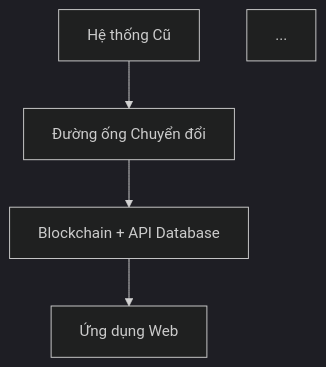
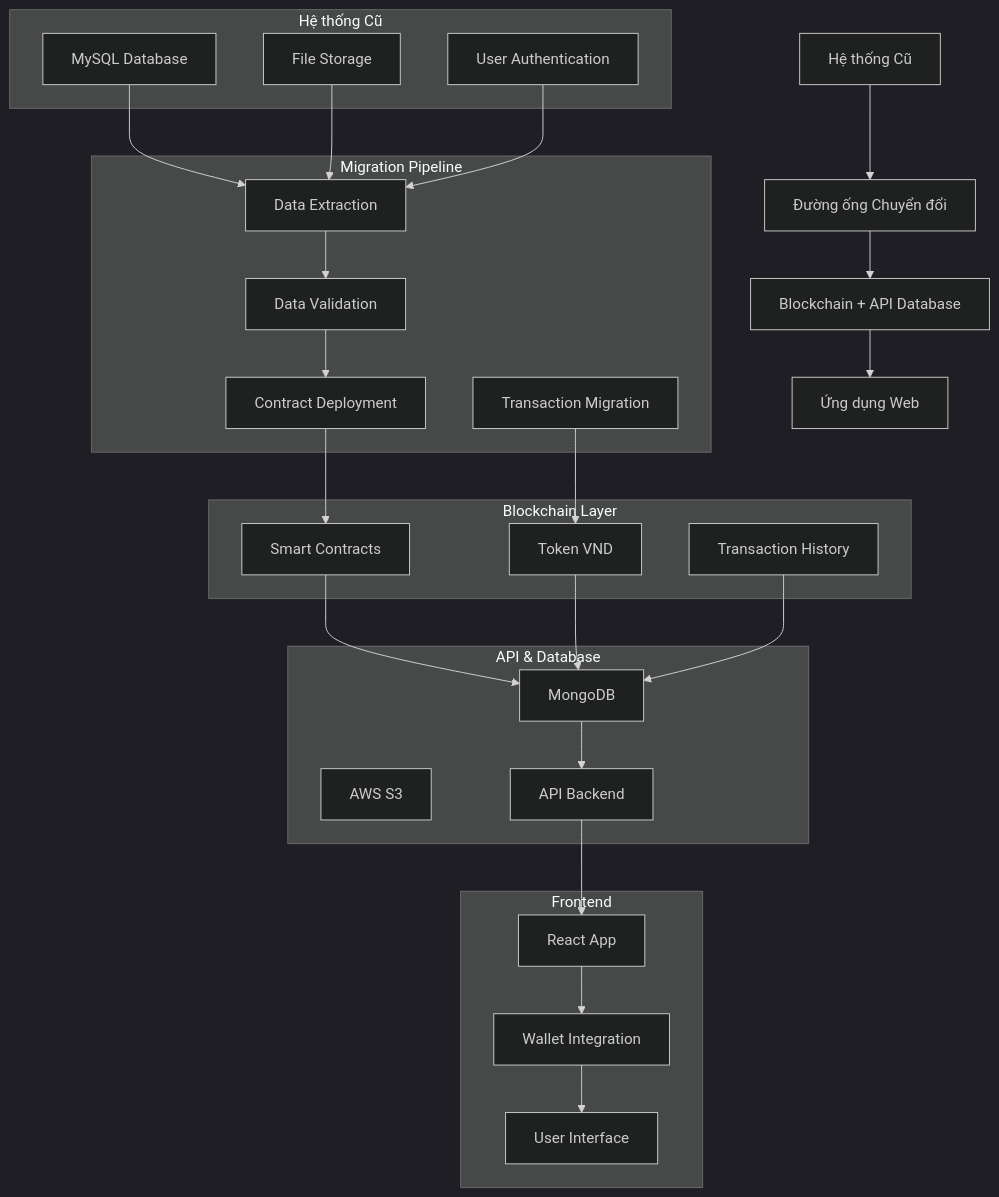
One commit to metafi-blockchain/charity-donation-smartcontrat changed the first of 10 diagrams in docs/DATA_MIGRATION.md. Above: the diagram before and after it, drawn with Mermaid (dark theme). The commit also changed other lines of this file, not shown here.

````diff
--- a/docs/DATA_MIGRATION.md
+++ b/docs/DATA_MIGRATION.md
@@ -167,7 +167,52 @@
 ```mermaid
 graph TD
     A[Hệ thống Cũ] --> B[Đường ống Chuyển đổi]
     B --> C[Blockchain + API Database]
     C --> D[Ứng dụng Web]
-    ...
+    
+    subgraph "Hệ thống Cũ"
+        A1[MySQL Database]
+        A2[File Storage]
+        A3[User Authentication]
+    end
+    
+    subgraph "Migration Pipeline"
+        B1[Data Extraction]
+        B2[Data Validation]
+        B3[Contract Deployment]
+        B4[Transaction Migration]
+    end
+    
+    subgraph "Blockchain Layer"
+        C1[Smart Contracts]
+        C2[Token VND]
+        C3[Transaction History]
+    end
+    
+    subgraph "API & Database"
+        C4[MongoDB]
+        C5[AWS S3]
+        C6[API Backend]
+    end
+    
+    subgraph "Frontend"
+        D1[React App]
+        D2[Wallet Integration]
+        D3[User Interface]
+    end
+    
+    A1 --> B1
+    A2 --> B1
+    A3 --> B1
+    B1 --> B2
+    B2 --> B3
+    B3 --> C1
+    B4 --> C2
+    C1 --> C4
+    C2 --> C4
+    C3 --> C4
+    C4 --> C6
+    C6 --> D1
+    D1 --> D2
+    D2 --> D3
 ```
````
